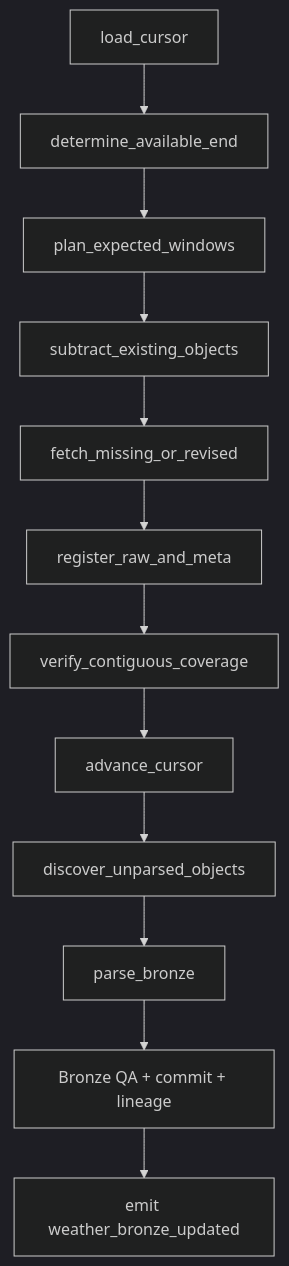
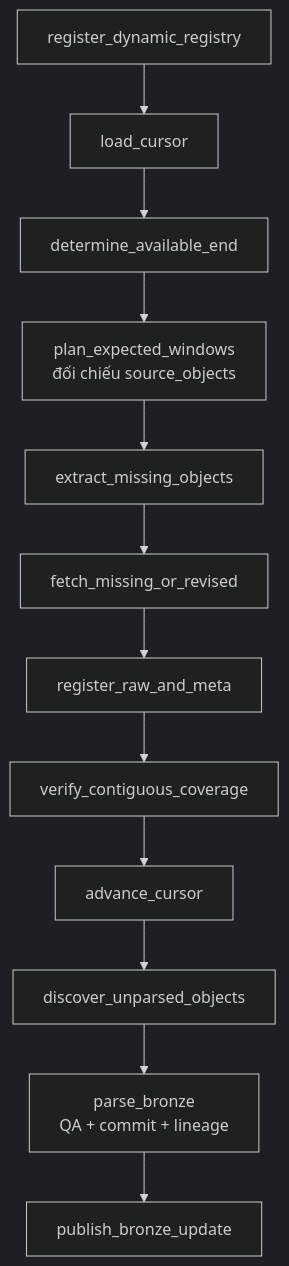
One commit to cloud-vmih/flood-lake-kg changed the fifth of 5 diagrams in docs/pipeline_architecture_and_roadmap.md. Above: the diagram before and after it, drawn with Mermaid (dark theme). The commit also changed other lines of this file and 14 other files, not shown here.

````diff
--- a/docs/pipeline_architecture_and_roadmap.md
+++ b/docs/pipeline_architecture_and_roadmap.md
@@ -484,14 +495,14 @@
 ```mermaid
 flowchart TD
-  A["load_cursor"] --> B["determine_available_end"]
-  B --> C["plan_expected_windows"]
-  C --> D["subtract_existing_objects"]
+  R["register_dynamic_registry"] --> A["load_cursor"]
+  A --> B["determine_available_end"]
+  B --> C["plan_expected_windows<br/>đối chiếu source_objects"]
+  C --> D["extract_missing_objects"]
   D --> E["fetch_missing_or_revised"]
   E --> F["register_raw_and_meta"]
   F --> G["verify_contiguous_coverage"]
   G --> H["advance_cursor"]
   H --> I["discover_unparsed_objects"]
-  I --> J["parse_bronze"]
-  J --> K["Bronze QA + commit + lineage"]
-  K --> L["emit weather_bronze_updated"]
+  I --> J["parse_bronze<br/>QA + commit + lineage"]
+  J --> K["publish_bronze_update"]
 ```
````
